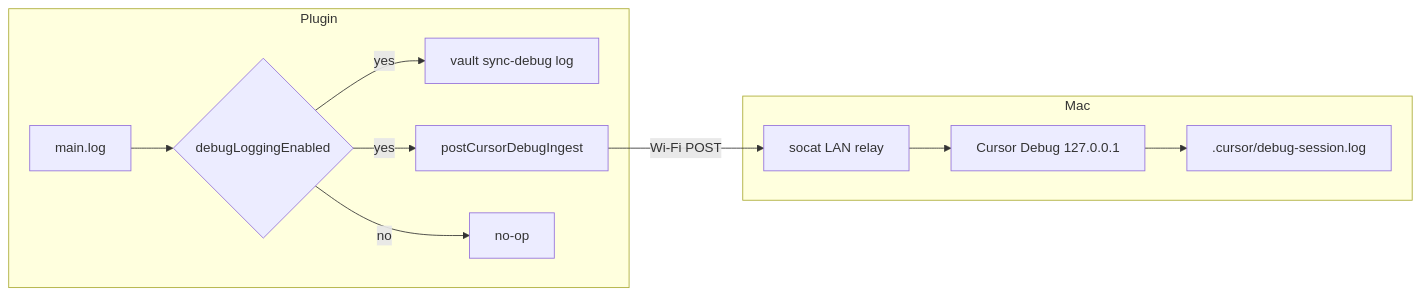
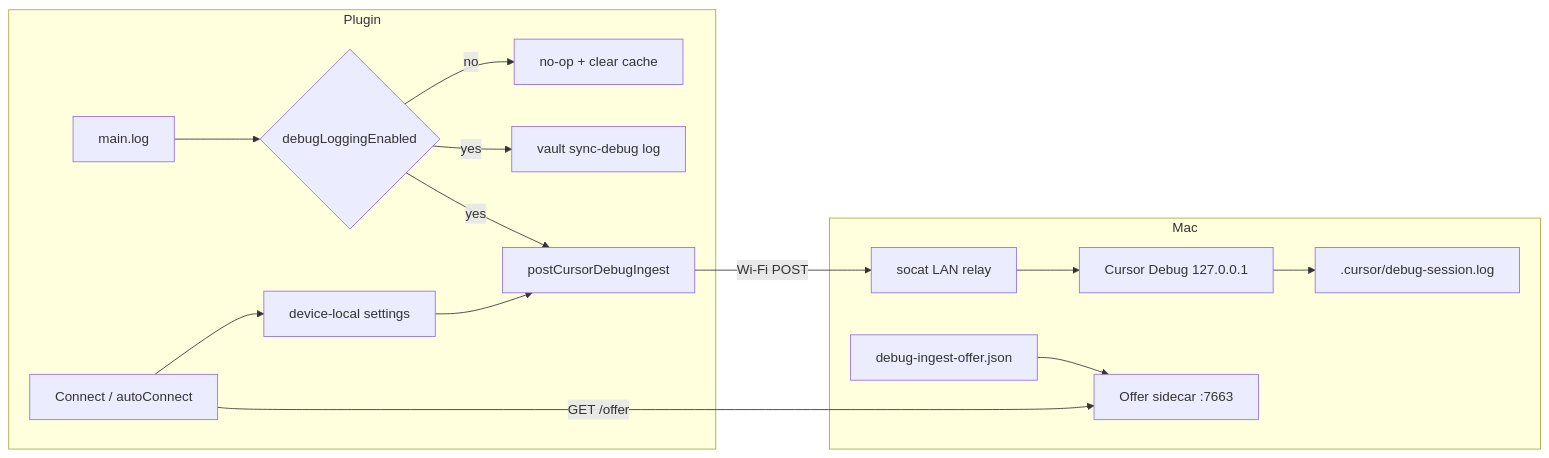
One commit to daledesilva/obsidian-dropbox-sync changed the first of 2 diagrams in docs/cursor-debug-ingest.md. Above: the diagram before and after it, drawn with Mermaid. The commit also changed other lines of this file and 24 other files, not shown here.

Commit message:
added: Wired Cursor Debug offer discovery and Connect so mobile ingest no longer needs hand-pasted host/path. Hardened delete-log prune and remote not_found deletes so large stale intents stop stalling sync start and blocking the cursor.

````diff
--- a/docs/cursor-debug-ingest.md
+++ b/docs/cursor-debug-ingest.md
@@ -21,20 +23,28 @@
 ```mermaid
 flowchart LR
   subgraph plugin [Plugin]
     LogCall["main.log"]
     Gate{debugLoggingEnabled}
     Local["vault sync-debug log"]
     Ingest["postCursorDebugIngest"]
+    Connect["Connect / autoConnect"]
+    Cache["device-local settings"]
     LogCall --> Gate
-    Gate -->|no| Drop[no-op]
+    Gate -->|no| Drop[no-op + clear cache]
     Gate -->|yes| Local
     Gate -->|yes| Ingest
+    Connect --> Cache
+    Cache --> Ingest
   end
   subgraph mac [Mac]
+    Offer["Offer sidecar :7663"]
     Relay["socat LAN relay"]
     Cursor["Cursor Debug 127.0.0.1"]
     LogFile[".cursor/debug-session.log"]
+    OfferFile["debug-ingest-offer.json"]
+    OfferFile --> Offer
     Relay --> Cursor --> LogFile
   end
+  Connect -->|"GET /offer"| Offer
   Ingest -->|"Wi-Fi POST"| Relay
 ```
````
